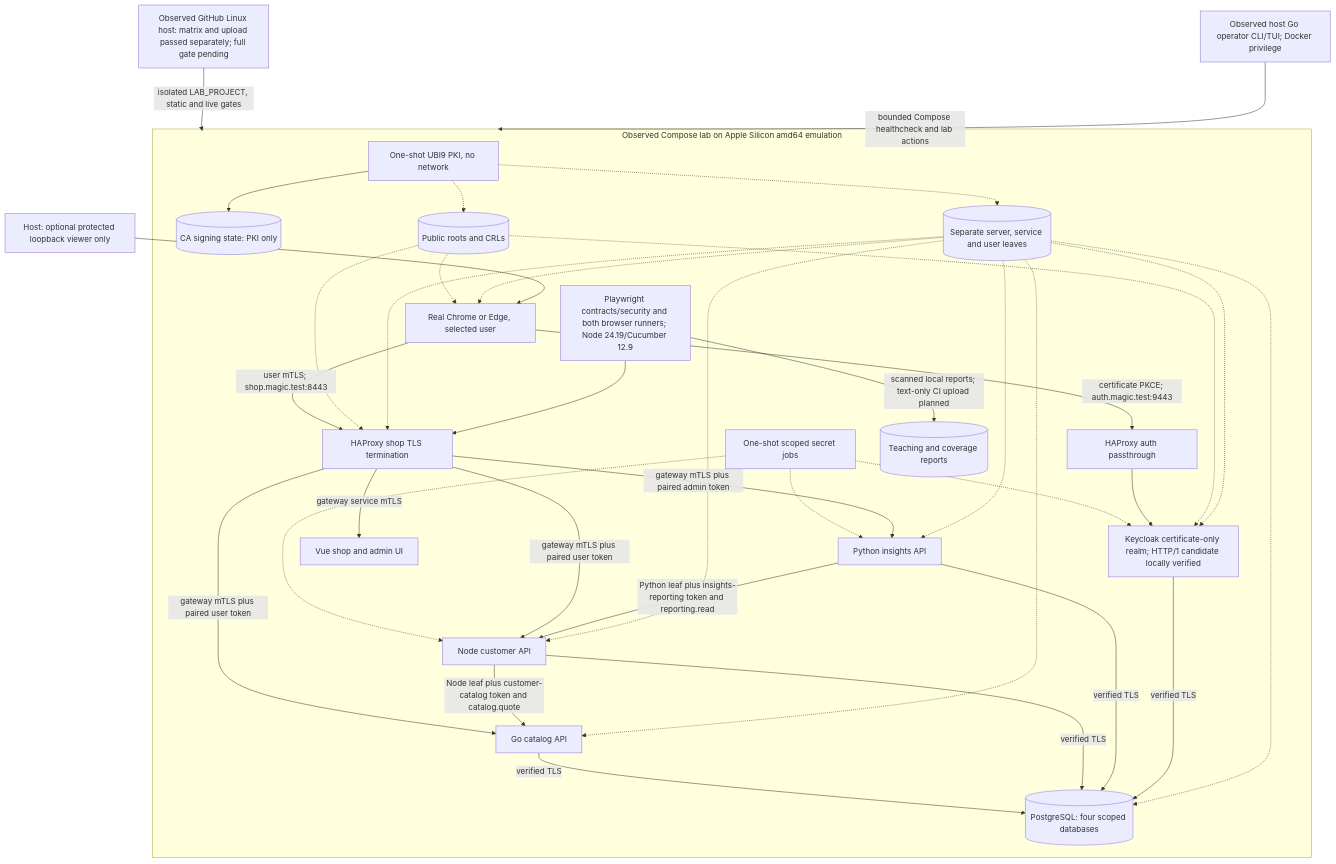
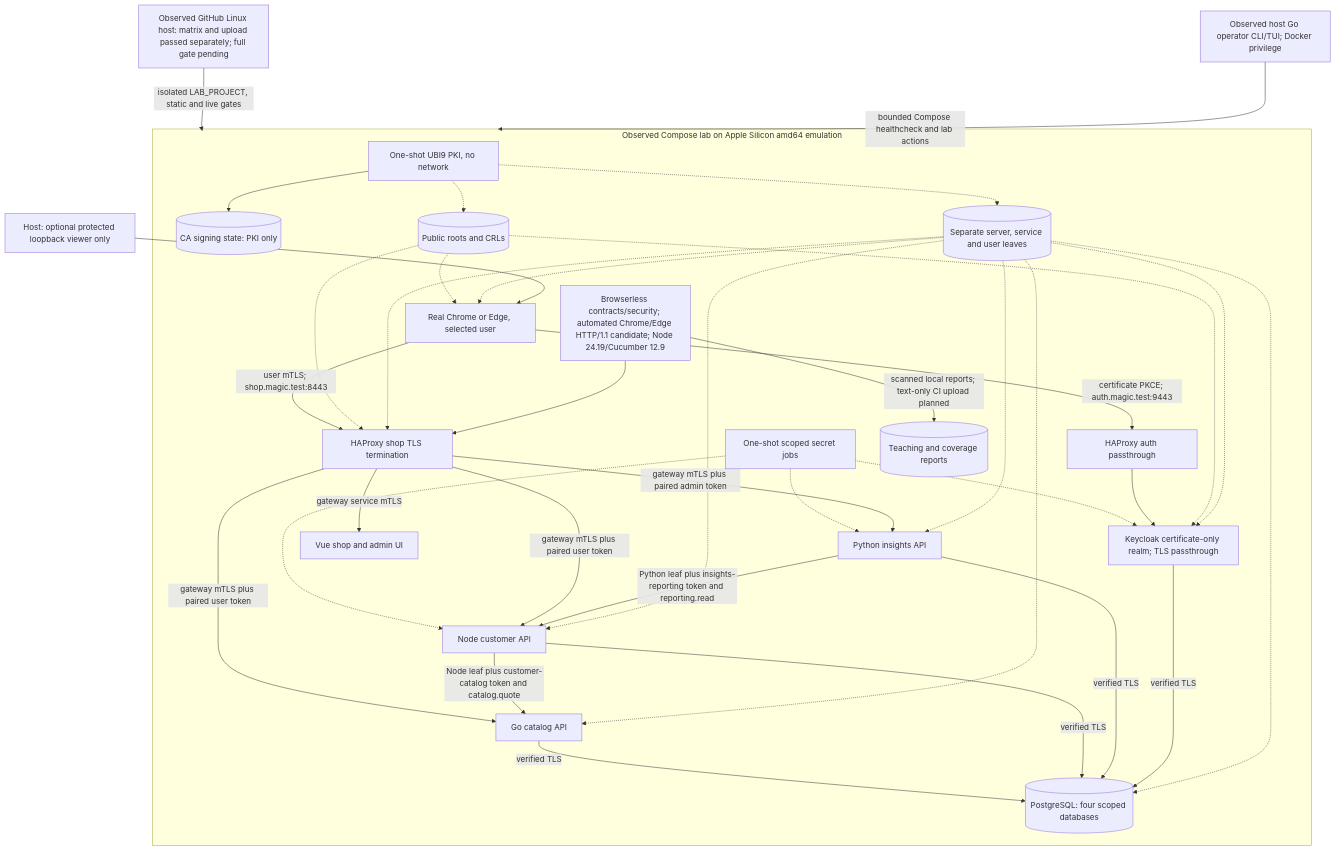
The first of 3 diagrams in docs/architecture.md (orieken/testing-with-certs), drawn with Mermaid before and after one commit. The commit also changed other lines of this file and 12 other files, not shown here.

Commit message:
Limit automated certificate browsers to HTTP/1.1 for CI

````diff
--- a/docs/architecture.md
+++ b/docs/architecture.md
@@ -11,39 +11,39 @@
 ```mermaid
 flowchart TB
   CI["Observed GitHub Linux host: matrix and upload passed separately; full gate pending"] -->|"isolated LAB_PROJECT, static and live gates"| Lab
   Operator["Observed host Go operator CLI/TUI; Docker privilege"] -->|"bounded Compose healthcheck and lab actions"| Lab
   subgraph Lab["Observed Compose lab on Apple Silicon amd64 emulation"]
     PKI["One-shot UBI9 PKI, no network"] --> CA[("CA signing state: PKI only")]
     PKI -.-> Trust[("Public roots and CRLs")]
     PKI -.-> Leaves[("Separate server, service and user leaves")]
-    Secrets["One-shot scoped secret jobs"] -.-> KC["Keycloak certificate-only realm; HTTP/1 candidate locally verified"]
+    Secrets["One-shot scoped secret jobs"] -.-> KC["Keycloak certificate-only realm; TLS passthrough"]
     Secrets -.-> Node["Node customer API"]
     Secrets -.-> Python["Python insights API"]
     Browser["Real Chrome or Edge, selected user"] -->|"user mTLS; shop.magic.test:8443"| HA["HAProxy shop TLS termination"]
     Browser -->|"certificate PKCE; auth.magic.test:9443"| Tunnel["HAProxy auth passthrough"]
     Tunnel --> KC
     HA -->|"gateway service mTLS"| UI["Vue shop and admin UI"]
     HA -->|"gateway mTLS plus paired user token"| Go["Go catalog API"]
     HA -->|"gateway mTLS plus paired user token"| Node
     HA -->|"gateway mTLS plus paired admin token"| Python
     Node -->|"Node leaf plus customer-catalog token and catalog.quote"| Go
     Python -->|"Python leaf plus insights-reporting token and reporting.read"| Node
     Go -->|"verified TLS"| DB[("PostgreSQL: four scoped databases")]
     Node -->|"verified TLS"| DB
     Python -->|"verified TLS"| DB
     KC -->|"verified TLS"| DB
     Trust -.-> Browser
     Trust -.-> HA
     Trust -.-> KC
     Leaves -.-> Browser
     Leaves -.-> HA
     Leaves -.-> KC
     Leaves -.-> Go
     Leaves -.-> Node
     Leaves -.-> Python
     Leaves -.-> DB
-    Tests["Playwright contracts/security and both browser runners; Node 24.19/Cucumber 12.9"] --> HA
+    Tests["Browserless contracts/security; automated Chrome/Edge HTTP/1.1 candidate; Node 24.19/Cucumber 12.9"] --> HA
     Tests -->|"scanned local reports; text-only CI upload planned"| Reports[("Teaching and coverage reports")]
   end
   Host["Host: optional protected loopback viewer only"] --> Browser
 ```
````
